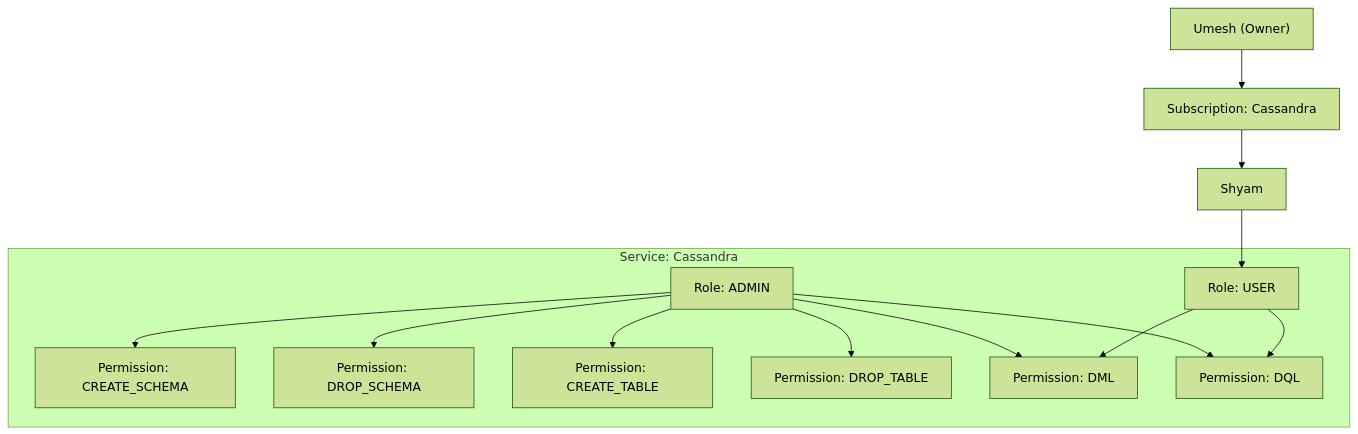
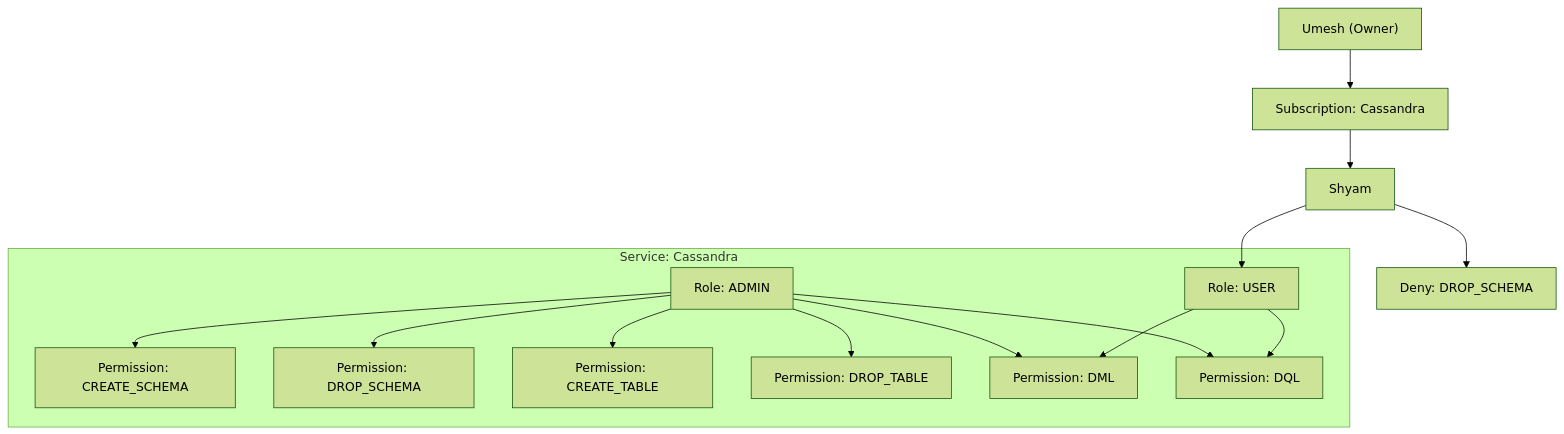
The fifth of 6 diagrams in docs/functional/user_flow.md (krishnasPrat/usermanagement), drawn with Mermaid (forest theme) before and after one commit. The commit also changed other lines of this file and 15 other files, not shown here.

````diff
--- a/docs/functional/user_flow.md
+++ b/docs/functional/user_flow.md
@@ -81,26 +81,27 @@
 ```mermaid
 flowchart TB
   subgraph CASS["Service: Cassandra"]
     cass_admin["Role: ADMIN"]
     cass_user["Role: USER"]
     cass_create_schema["Permission: CREATE_SCHEMA"]
     cass_drop_schema["Permission: DROP_SCHEMA"]
     cass_create_table["Permission: CREATE_TABLE"]
     cass_drop_table["Permission: DROP_TABLE"]
     cass_dml["Permission: DML"]
     cass_dql["Permission: DQL"]
     cass_admin --> cass_create_schema
     cass_admin --> cass_drop_schema
     cass_admin --> cass_create_table
     cass_admin --> cass_drop_table
     cass_admin --> cass_dml
     cass_admin --> cass_dql
     cass_user --> cass_dml
     cass_user --> cass_dql
   end
 
   umesh["Umesh (Owner)"] --> sub_cass["Subscription: Cassandra"]
   sub_cass --> shyam["Shyam"]
 
   shyam --> cass_user
+  shyam --> deny_drop["Deny: DROP_SCHEMA"]
 ```
````
